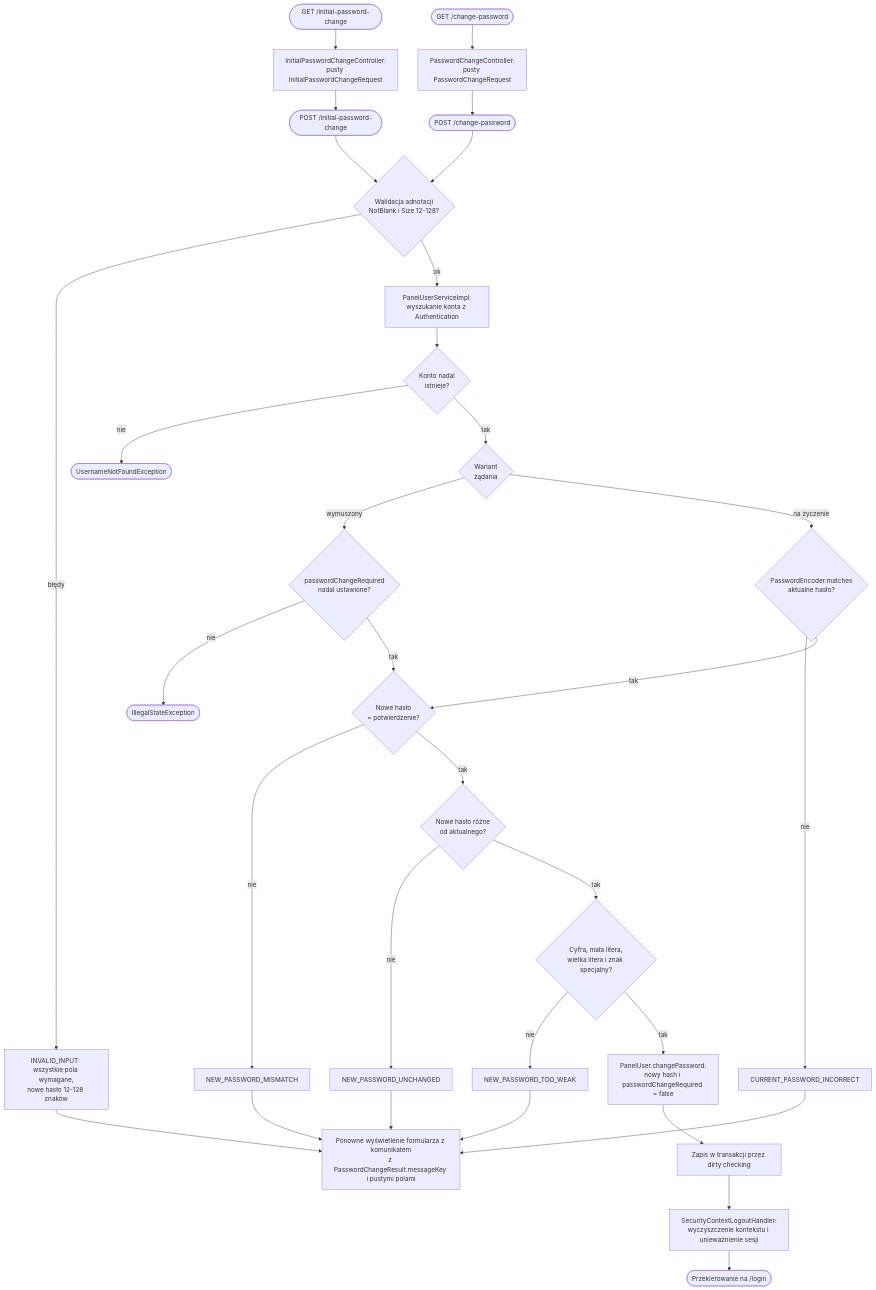
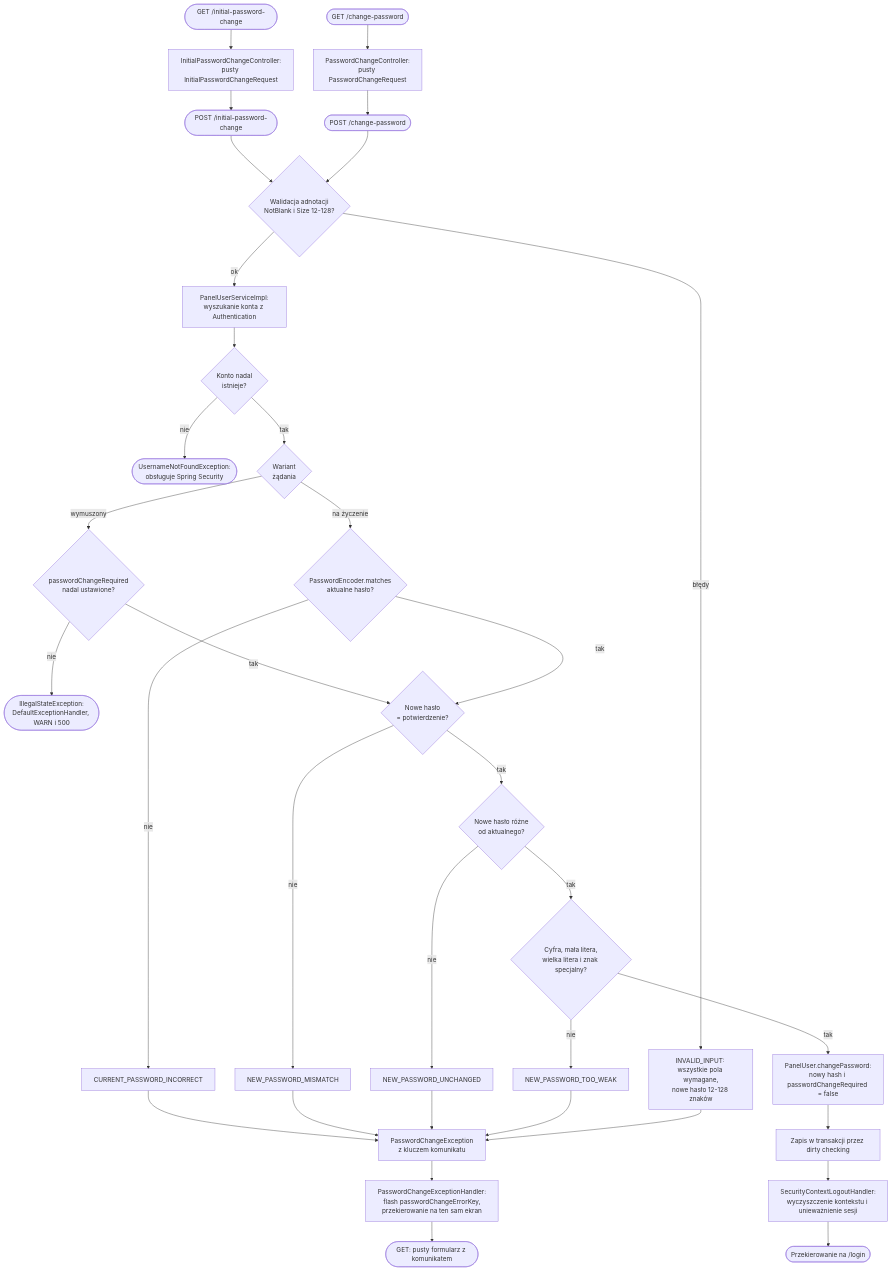
Before and after one commit to Pplociennik/vDeck: the diagram in dokumentacja/diagramy/authentication/przeplyw-zmiana-hasla.mmd, drawn with Mermaid. The commit also changed 100 other files, not shown here.

```diff
--- a/dokumentacja/diagramy/authentication/przeplyw-zmiana-hasla.mmd
+++ b/dokumentacja/diagramy/authentication/przeplyw-zmiana-hasla.mmd
@@ -1,38 +1,40 @@
 %% Diagram przepływu: zmiana hasła panelu vDeck w obu wariantach
 flowchart TD
     initialStart([GET /initial-password-change]) --> initialForm[InitialPasswordChangeController:<br/>pusty InitialPasswordChangeRequest]
     initialForm --> initialSubmit([POST /initial-password-change])
     ordinaryStart([GET /change-password]) --> ordinaryForm[PasswordChangeController:<br/>pusty PasswordChangeRequest]
     ordinaryForm --> ordinarySubmit([POST /change-password])
 
     initialSubmit --> bean
     ordinarySubmit --> bean
     bean{Walidacja adnotacji<br/>NotBlank i Size 12-128?}
     bean -- błędy --> generic[INVALID_INPUT: wszystkie pola wymagane,<br/>nowe hasło 12-128 znaków]
     bean -- ok --> load[PanelUserServiceImpl:<br/>wyszukanie konta z Authentication]
     load --> found{Konto nadal<br/>istnieje?}
-    found -- nie --> missing([UsernameNotFoundException])
+    found -- nie --> missing([UsernameNotFoundException:<br/>obsługuje Spring Security])
     found -- tak --> variant{Wariant<br/>żądania}
 
     variant -- wymuszony --> pending{passwordChangeRequired<br/>nadal ustawione?}
-    pending -- nie --> illegal([IllegalStateException])
+    pending -- nie --> illegal([IllegalStateException:<br/>DefaultExceptionHandler, WARN i 500])
     pending -- tak --> equal
     variant -- na życzenie --> current{PasswordEncoder.matches<br/>aktualne hasło?}
     current -- nie --> incorrect[CURRENT_PASSWORD_INCORRECT]
 
     current -- tak --> equal{Nowe hasło<br/>= potwierdzenie?}
     equal -- nie --> mismatch[NEW_PASSWORD_MISMATCH]
     equal -- tak --> same{Nowe hasło różne<br/>od aktualnego?}
     same -- nie --> unchanged[NEW_PASSWORD_UNCHANGED]
     same -- tak --> kinds{Cyfra, mała litera,<br/>wielka litera i znak specjalny?}
     kinds -- nie --> weak[NEW_PASSWORD_TOO_WEAK]
     kinds -- tak --> apply[PanelUser.changePassword:<br/>nowy hash i passwordChangeRequired = false]
     apply --> commit[Zapis w transakcji przez dirty checking]
     commit --> logout[SecurityContextLogoutHandler:<br/>wyczyszczenie kontekstu i unieważnienie sesji]
     logout --> done([Przekierowanie na /login])
 
-    incorrect --> render
-    mismatch --> render
-    unchanged --> render
-    weak --> render
-    generic --> render[Ponowne wyświetlenie formularza z komunikatem<br/>z PasswordChangeResult.messageKey i pustymi polami]
+    incorrect --> thrown
+    mismatch --> thrown
+    unchanged --> thrown
+    weak --> thrown
+    generic --> thrown[PasswordChangeException<br/>z kluczem komunikatu]
+    thrown --> advice[PasswordChangeExceptionHandler:<br/>flash passwordChangeErrorKey,<br/>przekierowanie na ten sam ekran]
+    advice --> render([GET: pusty formularz z komunikatem])
```
